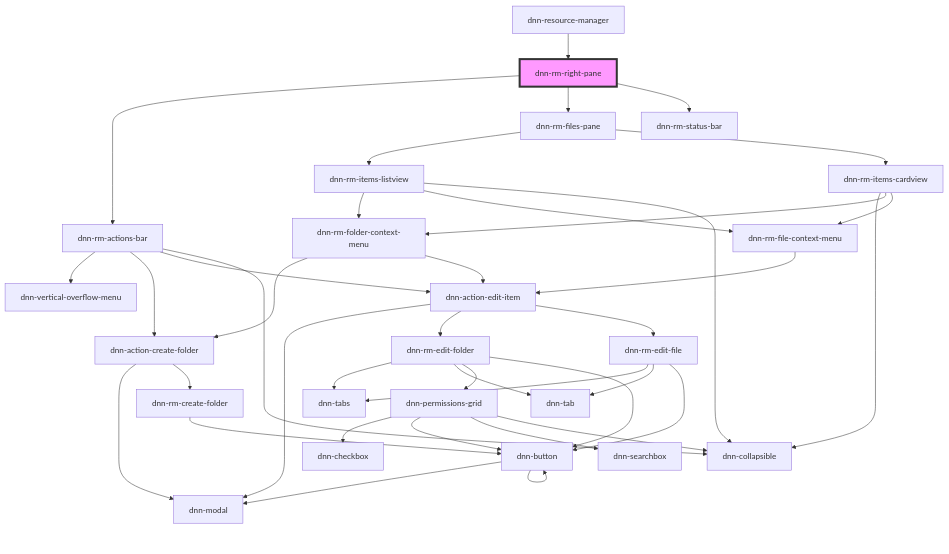
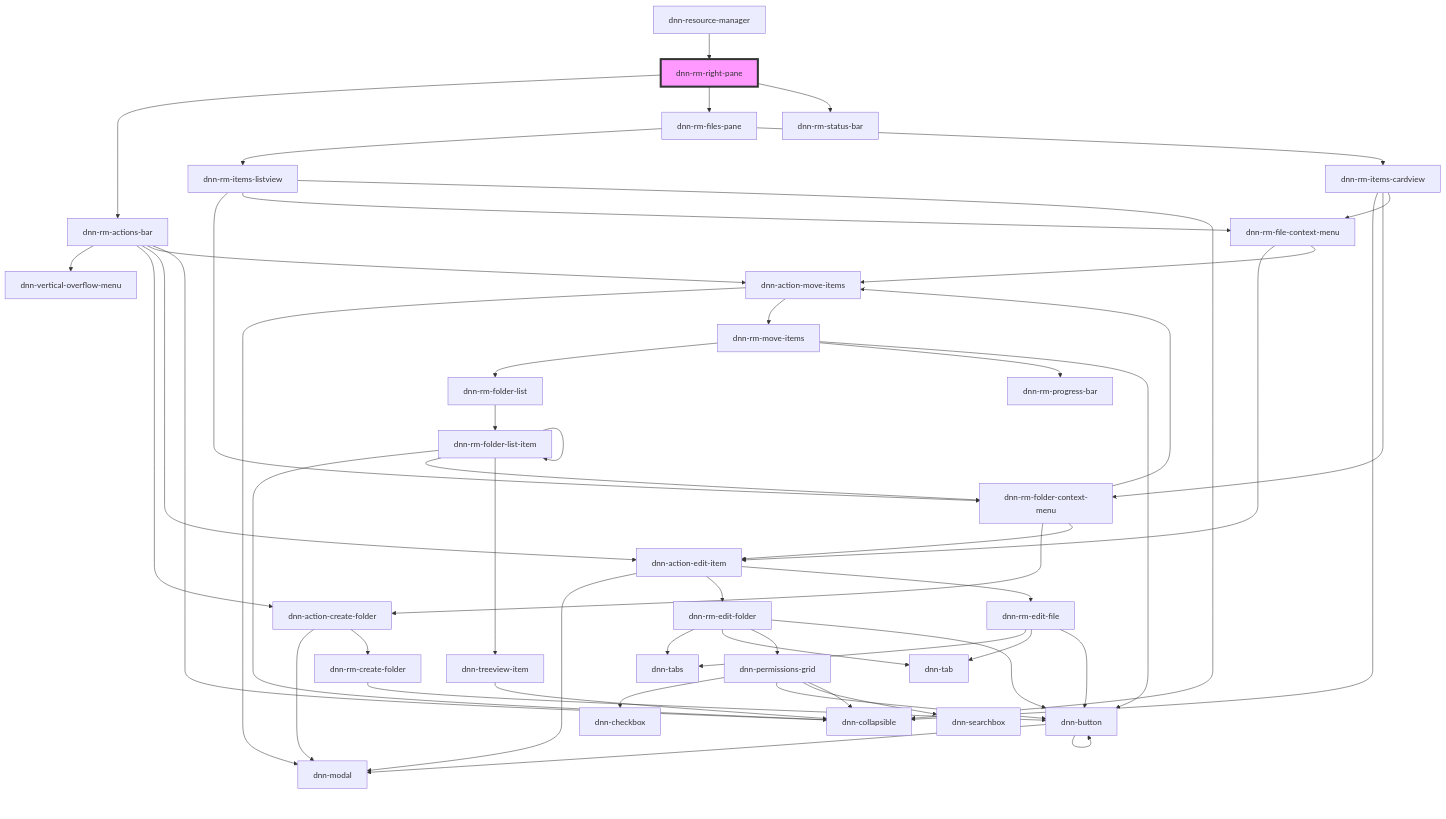
Before and after one commit to dnnsoftware/Dnn.Platform: the diagram in DNN Platform/Modules/ResourceManager/ResourceManager.Web/src/components/dnn-rm-right-pane/readme.md, drawn with Mermaid. The commit also changed 29 other files, not shown here.

First line of the commit message:
Implemented item move feature

````diff
--- a/DNN Platform/Modules/ResourceManager/ResourceManager.Web/src/components/dnn-rm-right-pane/readme.md
+++ b/DNN Platform/Modules/ResourceManager/ResourceManager.Web/src/components/dnn-rm-right-pane/readme.md
@@ -21,42 +21,56 @@
 ```mermaid
 graph TD;
   dnn-rm-right-pane --> dnn-rm-actions-bar
   dnn-rm-right-pane --> dnn-rm-files-pane
   dnn-rm-right-pane --> dnn-rm-status-bar
   dnn-rm-actions-bar --> dnn-vertical-overflow-menu
   dnn-rm-actions-bar --> dnn-action-create-folder
   dnn-rm-actions-bar --> dnn-action-edit-item
+  dnn-rm-actions-bar --> dnn-action-move-items
   dnn-rm-actions-bar --> dnn-collapsible
   dnn-action-create-folder --> dnn-modal
   dnn-action-create-folder --> dnn-rm-create-folder
   dnn-rm-create-folder --> dnn-button
   dnn-button --> dnn-modal
   dnn-button --> dnn-button
   dnn-action-edit-item --> dnn-modal
   dnn-action-edit-item --> dnn-rm-edit-folder
   dnn-action-edit-item --> dnn-rm-edit-file
   dnn-rm-edit-folder --> dnn-tabs
   dnn-rm-edit-folder --> dnn-tab
   dnn-rm-edit-folder --> dnn-permissions-grid
   dnn-rm-edit-folder --> dnn-button
   dnn-permissions-grid --> dnn-checkbox
   dnn-permissions-grid --> dnn-button
   dnn-permissions-grid --> dnn-searchbox
   dnn-permissions-grid --> dnn-collapsible
   dnn-rm-edit-file --> dnn-tabs
   dnn-rm-edit-file --> dnn-tab
   dnn-rm-edit-file --> dnn-button
+  dnn-action-move-items --> dnn-modal
+  dnn-action-move-items --> dnn-rm-move-items
+  dnn-rm-move-items --> dnn-rm-folder-list
+  dnn-rm-move-items --> dnn-rm-progress-bar
+  dnn-rm-move-items --> dnn-button
+  dnn-rm-folder-list --> dnn-rm-folder-list-item
+  dnn-rm-folder-list-item --> dnn-collapsible
+  dnn-rm-folder-list-item --> dnn-rm-folder-context-menu
+  dnn-rm-folder-list-item --> dnn-treeview-item
+  dnn-rm-folder-list-item --> dnn-rm-folder-list-item
+  dnn-rm-folder-context-menu --> dnn-action-create-folder
+  dnn-rm-folder-context-menu --> dnn-action-edit-item
+  dnn-rm-folder-context-menu --> dnn-action-move-items
+  dnn-treeview-item --> dnn-collapsible
   dnn-rm-files-pane --> dnn-rm-items-listview
   dnn-rm-files-pane --> dnn-rm-items-cardview
   dnn-rm-items-listview --> dnn-rm-folder-context-menu
   dnn-rm-items-listview --> dnn-rm-file-context-menu
   dnn-rm-items-listview --> dnn-collapsible
-  dnn-rm-folder-context-menu --> dnn-action-create-folder
-  dnn-rm-folder-context-menu --> dnn-action-edit-item
   dnn-rm-file-context-menu --> dnn-action-edit-item
+  dnn-rm-file-context-menu --> dnn-action-move-items
   dnn-rm-items-cardview --> dnn-collapsible
   dnn-rm-items-cardview --> dnn-rm-folder-context-menu
   dnn-rm-items-cardview --> dnn-rm-file-context-menu
   dnn-resource-manager --> dnn-rm-right-pane
   style dnn-rm-right-pane fill:#f9f,stroke:#333,stroke-width:4px
 ```
````
